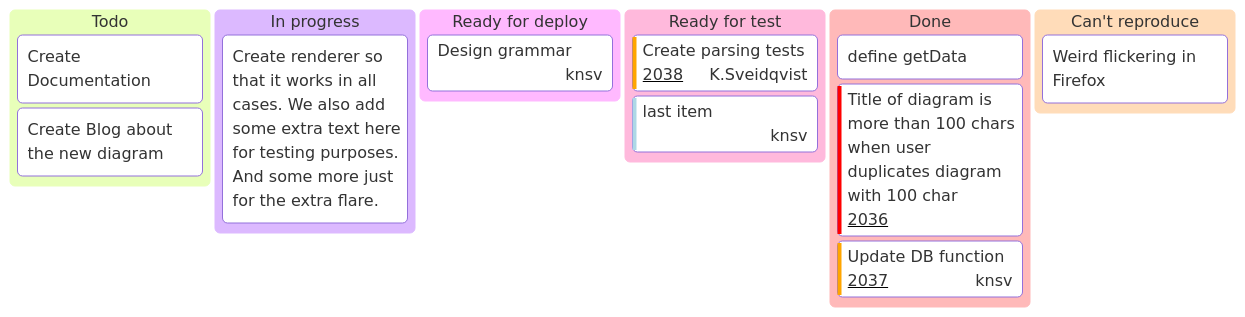
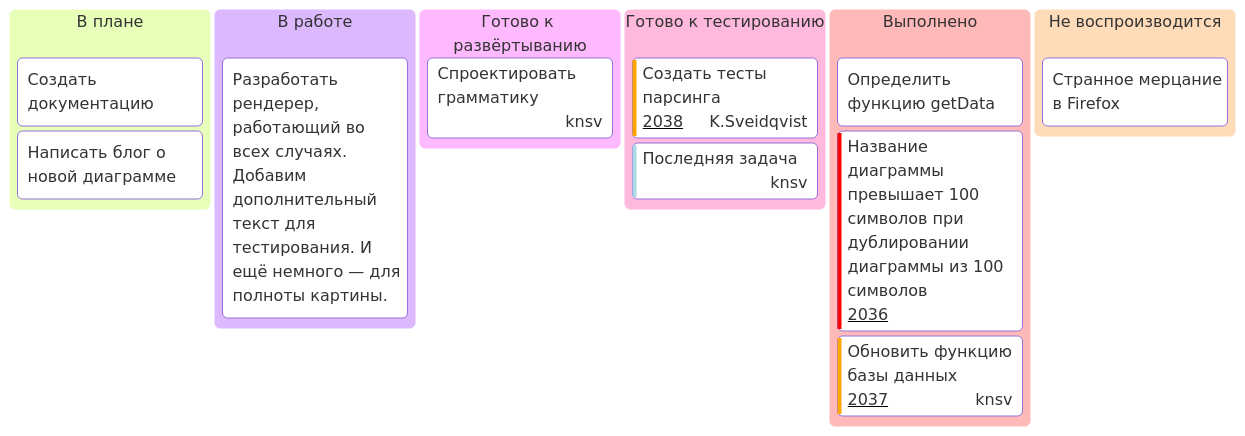
One commit to Spirzen/it-knowledge-base changed the diagram in docs/6. Проект/6.02. Методология и жизненный цикл ПО/1.md. Above: the diagram before and after it, drawn with Mermaid. The commit also changed other lines of this file and 202 other files, not shown here.

````diff
--- a/docs/6. Проект/6.02. Методология и жизненный цикл ПО/1.md
+++ b/docs/6. Проект/6.02. Методология и жизненный цикл ПО/1.md
@@ -10,26 +12,26 @@
 ```mermaid
 ---
 config:
   kanban:
     ticketBaseUrl: 'https://github.com/mermaid-js/mermaid/issues/#TICKET#'
 ---
 kanban
-  Todo
-    [Create Documentation]
-    docs[Create Blog about the new diagram]
-  [In progress]
-    id6[Create renderer so that it works in all cases. We also add some extra text here for testing purposes. And some more just for the extra flare.]
-  id9[Ready for deploy]
-    id8[Design grammar]@{ assigned: 'knsv' }
-  id10[Ready for test]
-    id4[Create parsing tests]@{ ticket: 2038, assigned: 'K.Sveidqvist', priority: 'High' }
-    id66[last item]@{ priority: 'Very Low', assigned: 'knsv' }
-  id11[Done]
-    id5[define getData]
-    id2[Title of diagram is more than 100 chars when user duplicates diagram with 100 char]@{ ticket: 2036, priority: 'Very High'}
-    id3[Update DB function]@{ ticket: 2037, assigned: knsv, priority: 'High' }
+  В плане
+    [Создать документацию]
+    docs[Написать блог о новой диаграмме]
+  [В работе]
+    id6[Разработать рендерер, работающий во всех случаях. Добавим дополнительный текст для тестирования. И ещё немного — для полноты картины.]
+  id9[Готово к развёртыванию]
+    id8[Спроектировать грамматику]@{ assigned: 'knsv' }
+  id10[Готово к тестированию]
+    id4[Создать тесты парсинга]@{ ticket: 2038, assigned: 'K.Sveidqvist', priority: 'High' }
+    id66[Последняя задача]@{ priority: 'Very Low', assigned: 'knsv' }
+  id11[Выполнено]
+    id5[Определить функцию getData]
+    id2[Название диаграммы превышает 100 символов при дублировании диаграммы из 100 символов]@{ ticket: 2036, priority: 'Very High'}
+    id3[Обновить функцию базы данных]@{ ticket: 2037, assigned: knsv, priority: 'High' }
 
-  id12[Can't reproduce]
-    id3[Weird flickering in Firefox]
+  id12[Не воспроизводится]
+    id3[Странное мерцание в Firefox]
 
 ```
````
